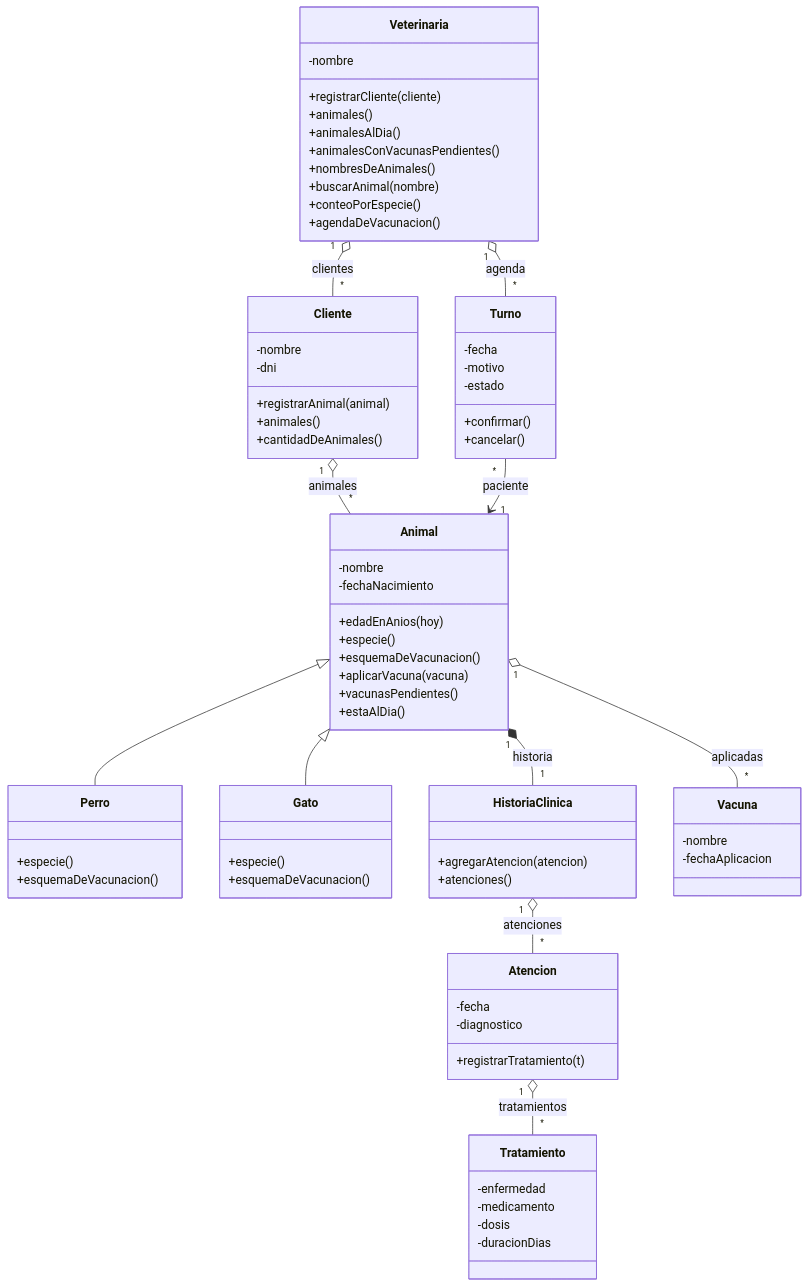
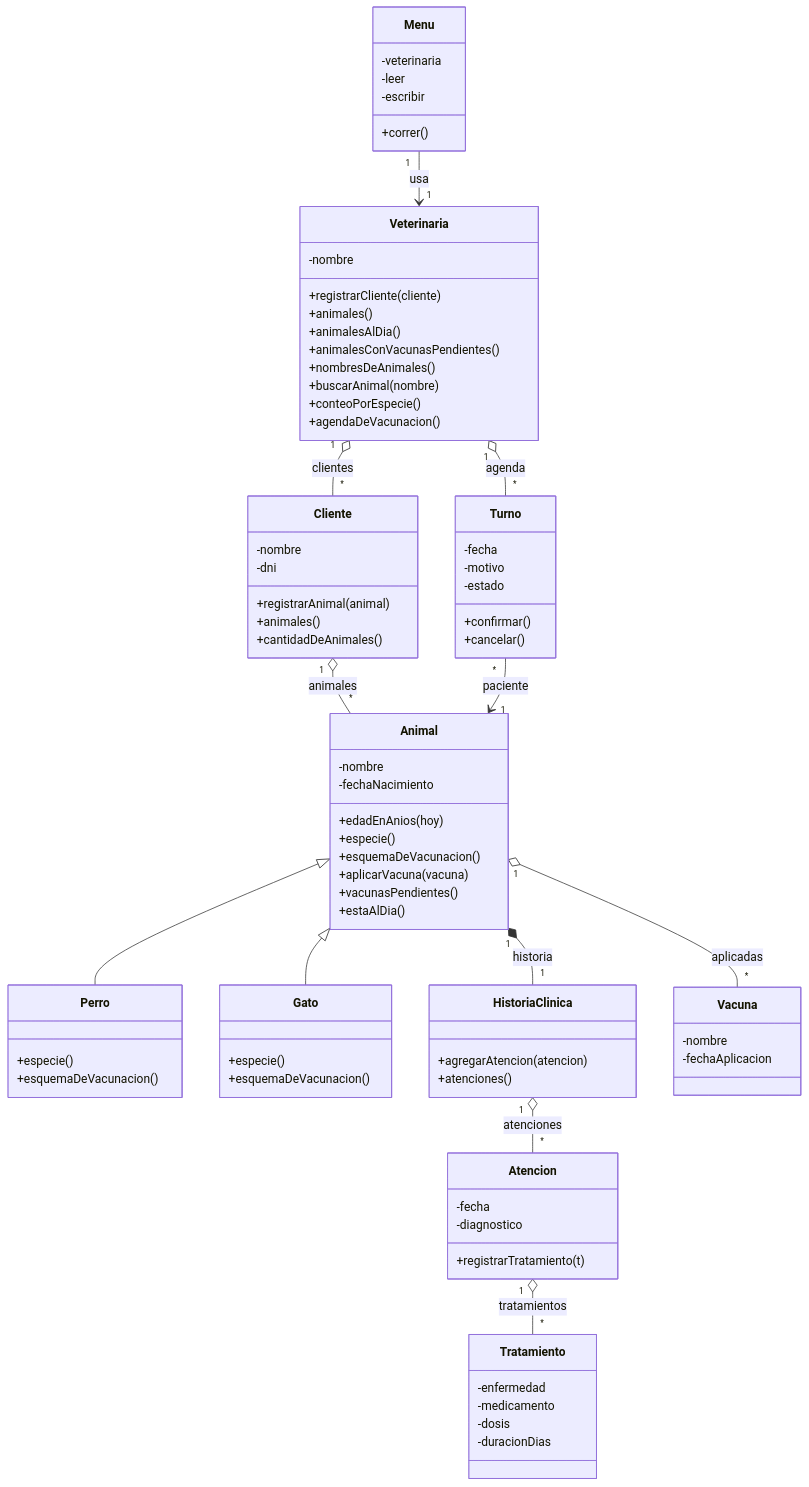
One commit to cnbotta/vetsoft changed the first of 2 diagrams in docs/modelo.md. Above: the diagram before and after it, drawn with Mermaid. The commit also changed other lines of this file, not shown here.

Commit message:
docs(modelo): sumar el menú a los diagramas de clases y secuencia

````diff
--- a/docs/modelo.md
+++ b/docs/modelo.md
@@ -30,75 +32,82 @@
 ```mermaid
 classDiagram
+    class Menu {
+        -veterinaria
+        -leer
+        -escribir
+        +correr()
+    }
     class Veterinaria {
         -nombre
         +registrarCliente(cliente)
         +animales()
         +animalesAlDia()
         +animalesConVacunasPendientes()
         +nombresDeAnimales()
         +buscarAnimal(nombre)
         +conteoPorEspecie()
         +agendaDeVacunacion()
     }
     class Cliente {
         -nombre
         -dni
         +registrarAnimal(animal)
         +animales()
         +cantidadDeAnimales()
     }
     class Animal {
         -nombre
         -fechaNacimiento
         +edadEnAnios(hoy)
         +especie()
         +esquemaDeVacunacion()
         +aplicarVacuna(vacuna)
         +vacunasPendientes()
         +estaAlDia()
     }
     class Perro {
         +especie()
         +esquemaDeVacunacion()
     }
     class Gato {
         +especie()
         +esquemaDeVacunacion()
     }
     class HistoriaClinica {
         +agregarAtencion(atencion)
         +atenciones()
     }
     class Atencion {
         -fecha
         -diagnostico
         +registrarTratamiento(t)
     }
     class Tratamiento {
         -enfermedad
         -medicamento
         -dosis
         -duracionDias
     }
     class Vacuna {
         -nombre
         -fechaAplicacion
     }
     class Turno {
         -fecha
         -motivo
         -estado
         +confirmar()
         +cancelar()
     }
+    Menu "1" --> "1" Veterinaria : usa
     Veterinaria "1" o-- "*" Cliente : clientes
     Cliente "1" o-- "*" Animal : animales
     Animal <|-- Perro
     Animal <|-- Gato
     Animal "1" *-- "1" HistoriaClinica : historia
     HistoriaClinica "1" o-- "*" Atencion : atenciones
     Atencion "1" o-- "*" Tratamiento : tratamientos
     Animal "1" o-- "*" Vacuna : aplicadas
     Veterinaria "1" o-- "*" Turno : agenda
     Turno "*" --> "1" Animal : paciente
 ```
````
